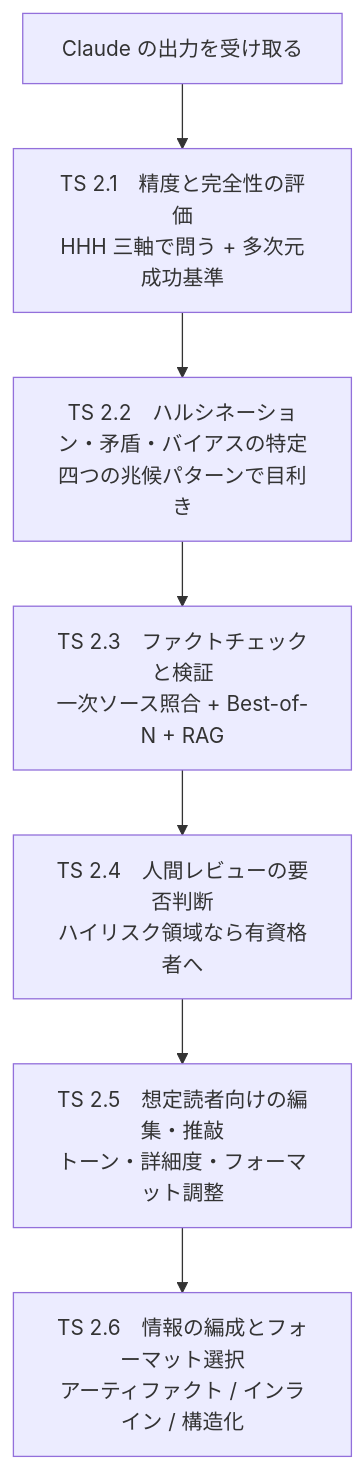
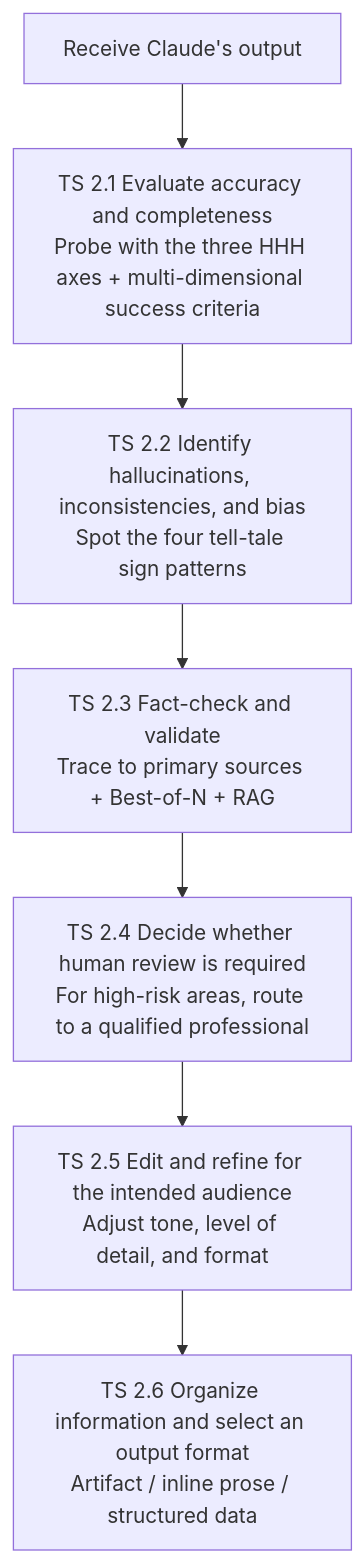
Before and after one commit to AbdullahMufti/ccao-f-guide: the first of 19 diagrams in guide.md, drawn with Mermaid. The commit also changed other lines of this file and 3 other files, not shown here.

````diff
--- a/guide.md
+++ b/guide.md
@@ -173,9 +173,9 @@
 ```mermaid
 flowchart TB
-    A["Claude の出力を受け取る"] --> B["TS 2.1　精度と完全性の評価<br/>HHH 三軸で問う + 多次元成功基準"]
-    B --> C["TS 2.2　ハルシネーション・矛盾・バイアスの特定<br/>四つの兆候パターンで目利き"]
-    C --> D["TS 2.3　ファクトチェックと検証<br/>一次ソース照合 + Best-of-N + RAG"]
-    D --> E["TS 2.4　人間レビューの要否判断<br/>ハイリスク領域なら有資格者へ"]
-    E --> F["TS 2.5　想定読者向けの編集・推敲<br/>トーン・詳細度・フォーマット調整"]
-    F --> G["TS 2.6　情報の編成とフォーマット選択<br/>アーティファクト / インライン / 構造化"]
+    A["Receive Claude's output"] --> B["TS 2.1 Evaluate accuracy and completeness<br/>Probe with the three HHH axes + multi-dimensional success criteria"]
+    B --> C["TS 2.2 Identify hallucinations, inconsistencies, and bias<br/>Spot the four tell-tale sign patterns"]
+    C --> D["TS 2.3 Fact-check and validate<br/>Trace to primary sources + Best-of-N + RAG"]
+    D --> E["TS 2.4 Decide whether human review is required<br/>For high-risk areas, route to a qualified professional"]
+    E --> F["TS 2.5 Edit and refine for the intended audience<br/>Adjust tone, level of detail, and format"]
+    F --> G["TS 2.6 Organize information and select an output format<br/>Artifact / inline prose / structured data"]
 ```
````
